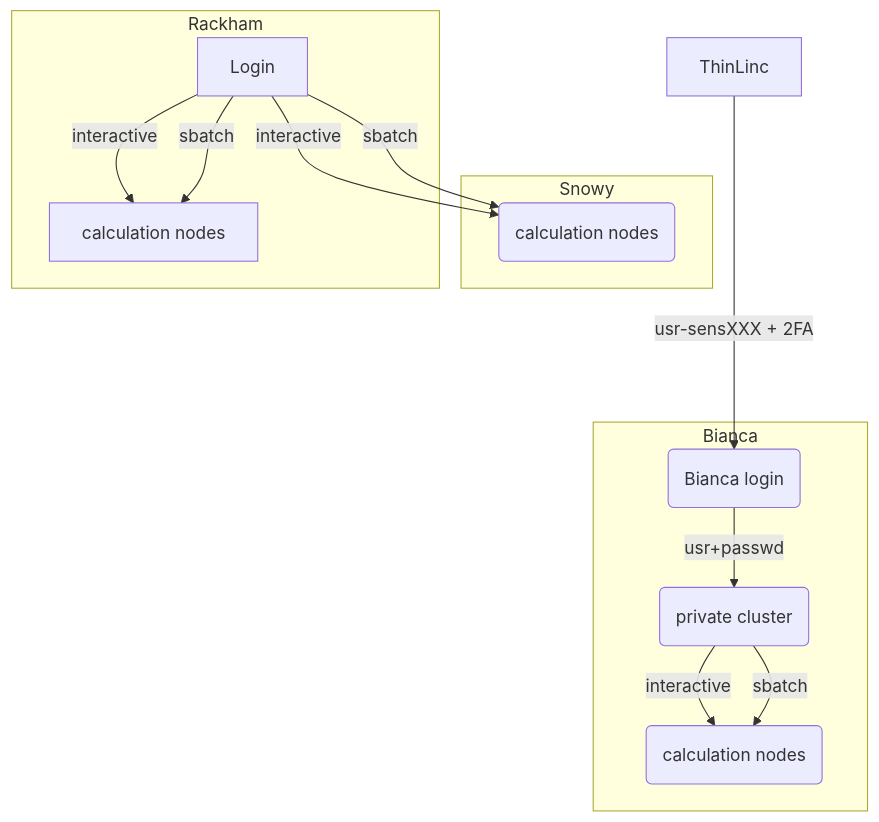
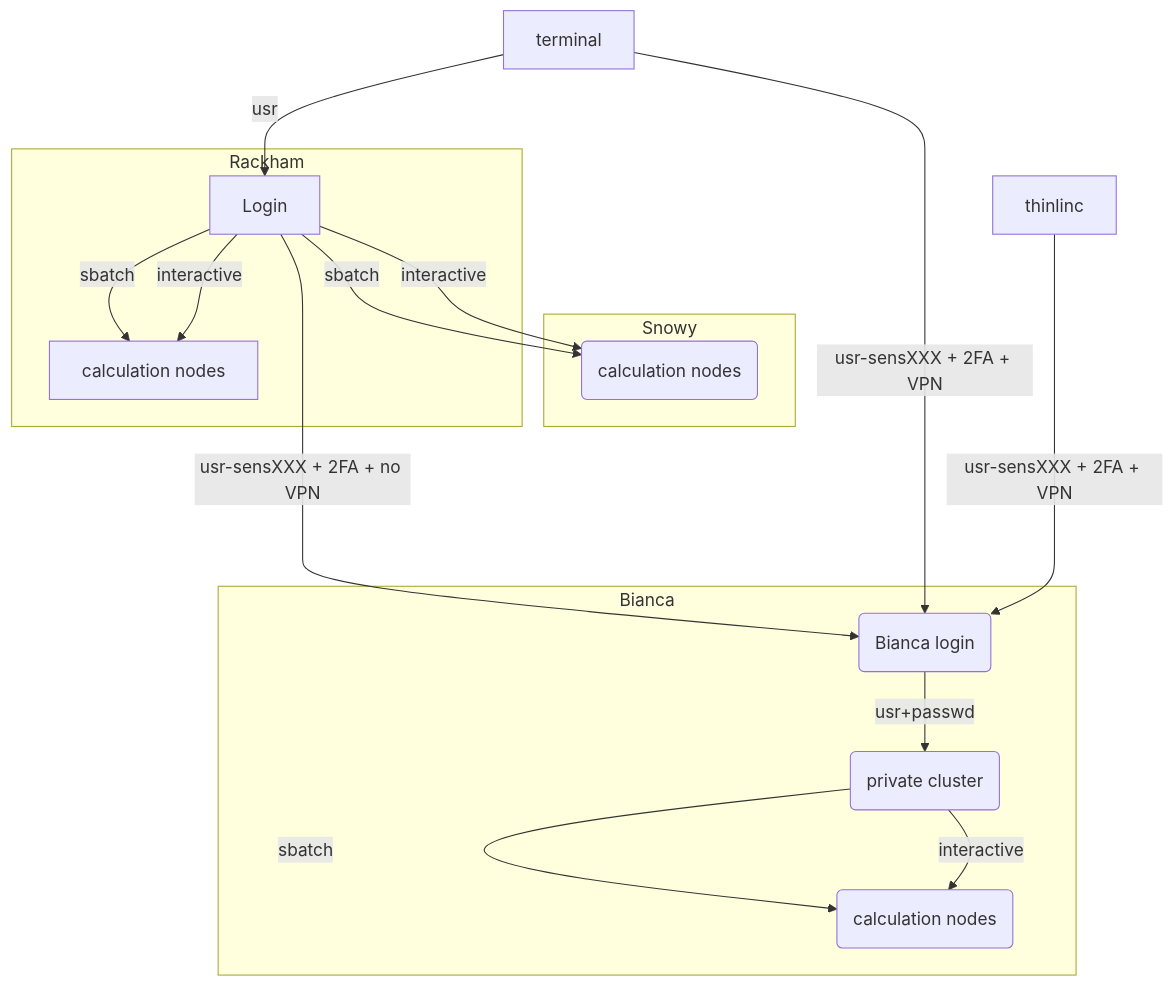
The diagram in docs/overview.md (UPPMAX/uppmax_intro_cases), drawn with Mermaid before and after one commit.

Commit message:
overview.md uppmax2.mmd

````diff
--- a/docs/overview.md
+++ b/docs/overview.md
@@ -79,22 +79,25 @@
 ```{mermaid}
-
-graph TB
+  graph TB
 
   Node1 -- interactive --> SubGraph2Flow
   Node1 -- sbatch --> SubGraph2Flow
   subgraph "Snowy"
   SubGraph2Flow(calculation nodes) 
         end
 
-        ThinLinc -- usr-sensXXX + 2FA----> SubGraph1Flow
+        thinlinc -- usr-sensXXX + 2FA + VPN ----> SubGraph1Flow
+        terminal -- usr --> Node1
+        terminal -- usr-sensXXX + 2FA + VPN ----> SubGraph1Flow
+        Node1 -- usr-sensXXX + 2FA + no VPN ----> SubGraph1Flow
+        
         subgraph "Bianca"
         SubGraph1Flow(Bianca login) -- usr+passwd --> private(private cluster)
         private -- interactive --> calcB(calculation nodes)
         private -- sbatch --> calcB
         end
 
         subgraph "Rackham"
         Node1[Login] -- interactive --> Node2[calculation nodes]
         Node1 -- sbatch --> Node2
         end
 ```
````
